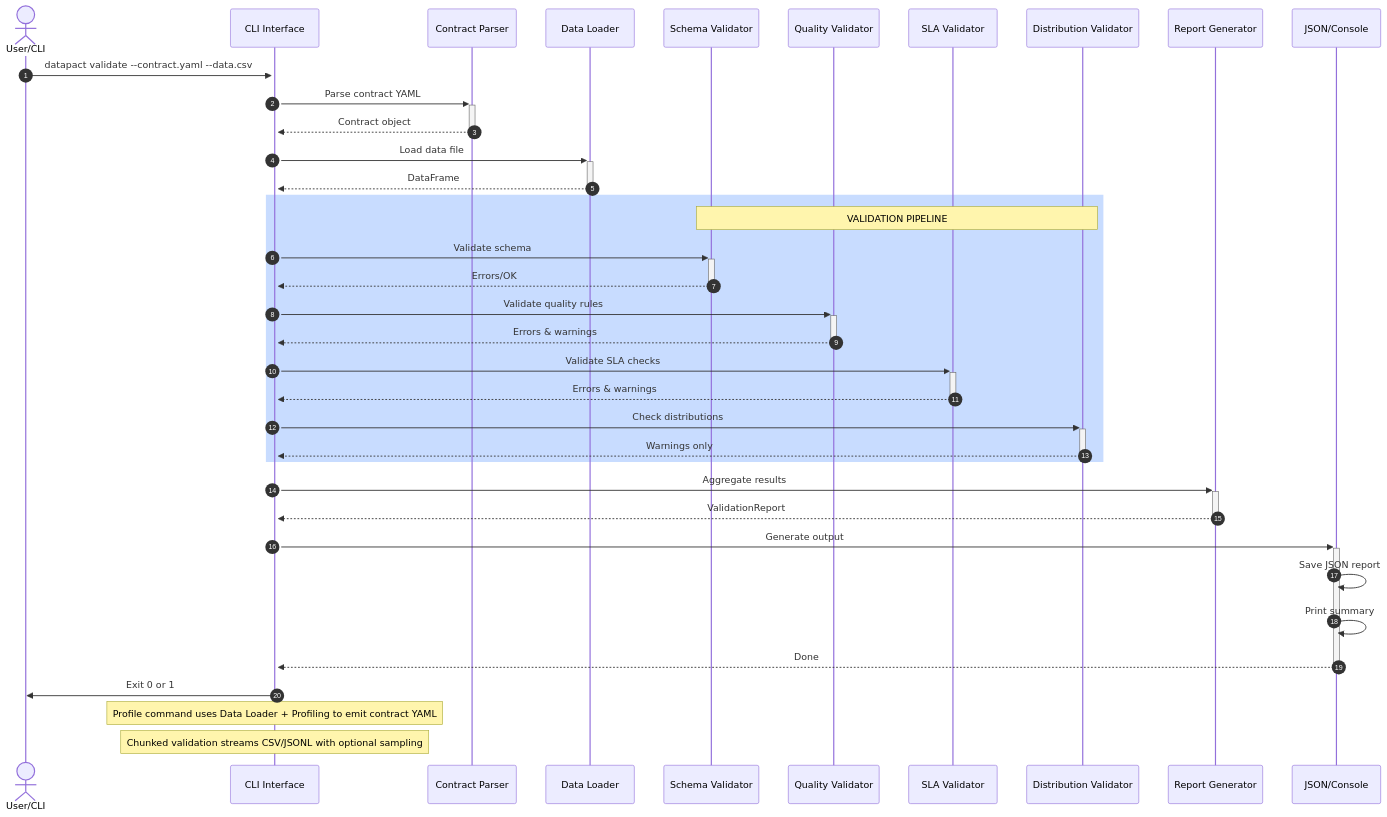
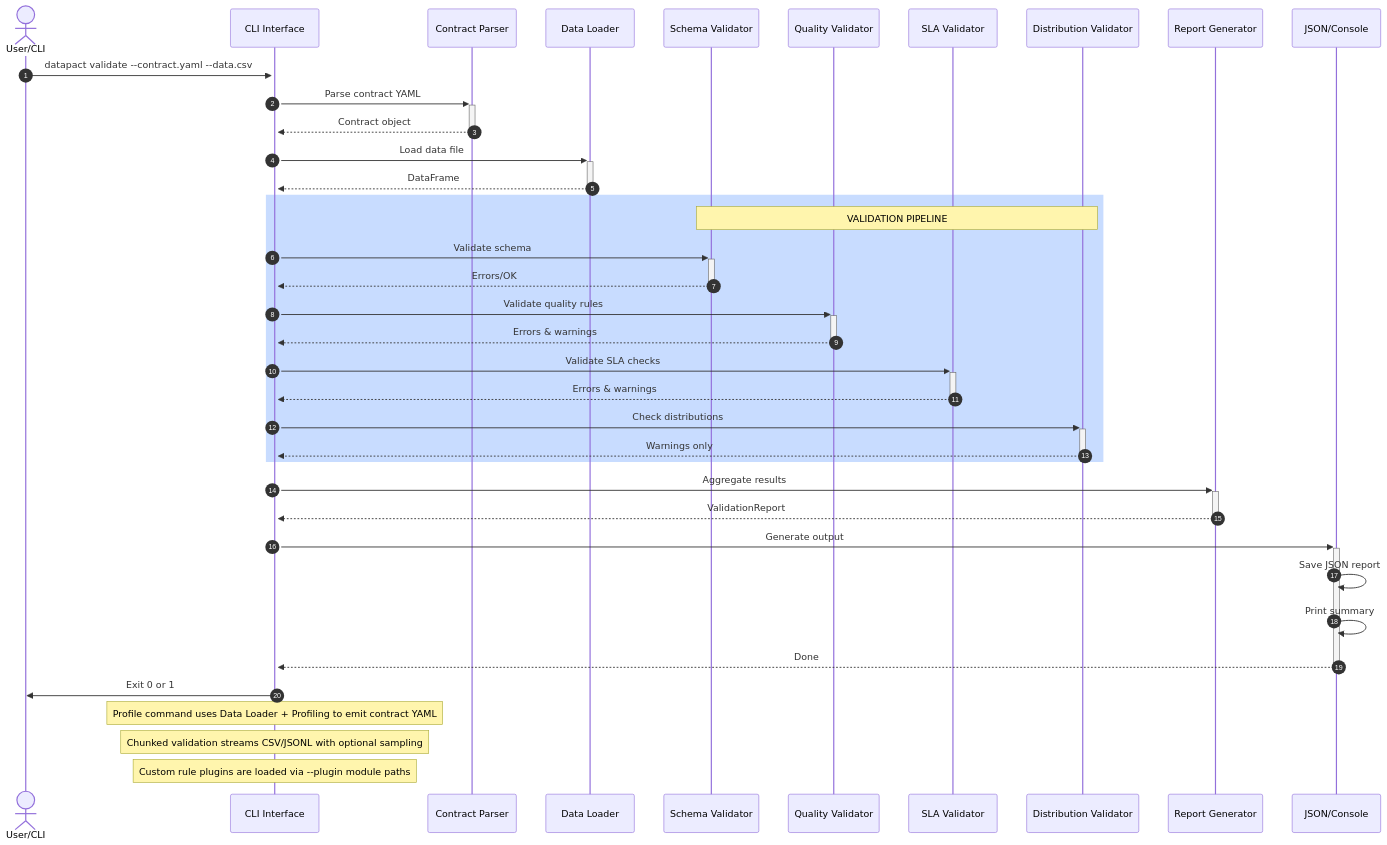
One commit to meetnishant/DataPact changed the diagram in docs/sequenceDiagram.mmd. Above: the diagram before and after it, drawn with Mermaid. The commit also changed 22 other files, not shown here.

Commit message:
Add custom rule plugins

```diff
--- a/docs/sequenceDiagram.mmd
+++ b/docs/sequenceDiagram.mmd
@@ -1,47 +1,48 @@
 sequenceDiagram
     autonumber
     actor User as User/CLI
     participant CLI as CLI Interface
     participant Parser as Contract Parser
     participant Loader as Data Loader
     participant Schema as Schema Validator
     participant Quality as Quality Validator
     participant SLA as SLA Validator
     participant Distribution as Distribution Validator
     participant Reporter as Report Generator
     participant Output as JSON/Console
 
     User->>+CLI: datapact validate --contract.yaml --data.csv
     CLI->>+Parser: Parse contract YAML
     Parser-->>-CLI: Contract object
     
     CLI->>+Loader: Load data file
     Loader-->>-CLI: DataFrame
     
     rect rgb(200, 220, 255)
     Note over Schema,Distribution: VALIDATION PIPELINE
     CLI->>+Schema: Validate schema
     Schema-->>-CLI: Errors/OK
     
     CLI->>+Quality: Validate quality rules
     Quality-->>-CLI: Errors & warnings
 
     CLI->>+SLA: Validate SLA checks
     SLA-->>-CLI: Errors & warnings
     
     CLI->>+Distribution: Check distributions
     Distribution-->>-CLI: Warnings only
     end
     
     CLI->>+Reporter: Aggregate results
     Reporter-->>-CLI: ValidationReport
     
     CLI->>+Output: Generate output
     Output->>Output: Save JSON report
     Output->>Output: Print summary
     Output-->>-CLI: Done
     
     CLI->>User: Exit 0 or 1
 
     Note over CLI: Profile command uses Data Loader + Profiling to emit contract YAML
     Note over CLI: Chunked validation streams CSV/JSONL with optional sampling
+    Note over CLI: Custom rule plugins are loaded via --plugin module paths
```
